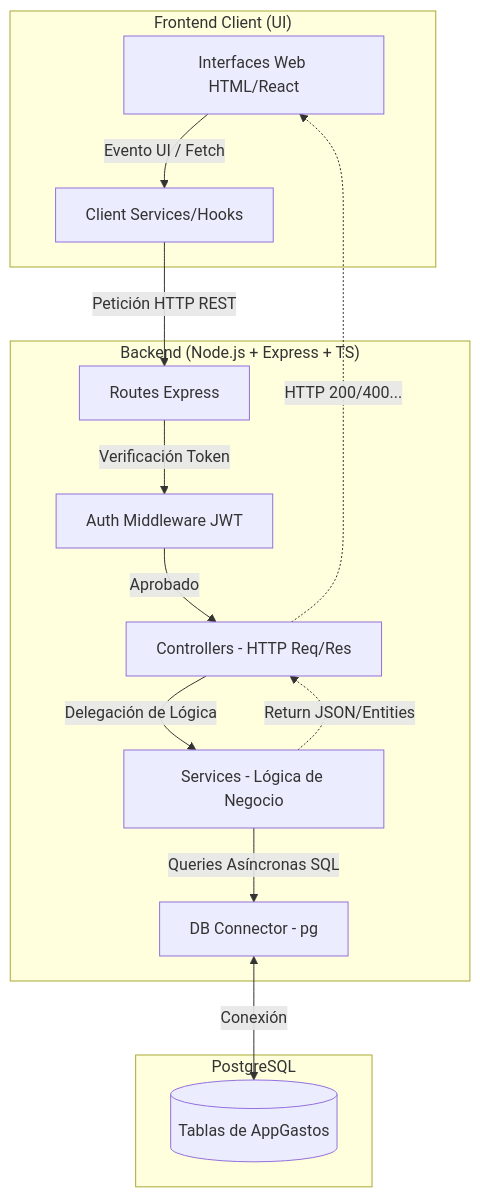
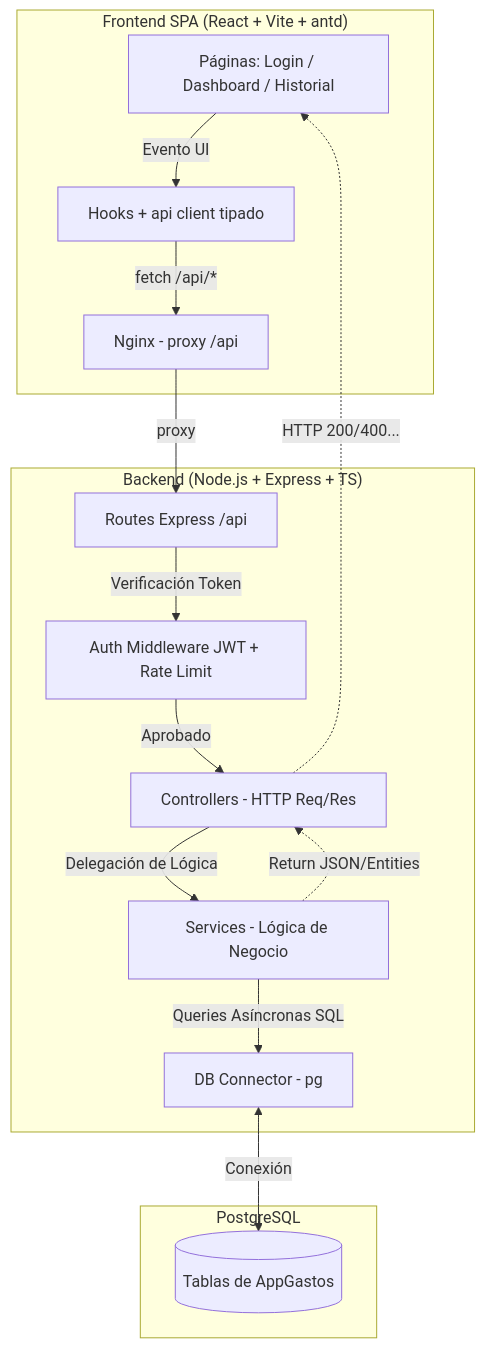
One commit to Dvl-Sant/app-gastos changed the first of 3 diagrams in docs/architecture.md. Above: the diagram before and after it, drawn with Mermaid. The commit also changed other lines of this file and 1 other file, not shown here.

Commit message:
docs: modelo de negocio v2, stack React y puertos actualizados

````diff
--- a/docs/architecture.md
+++ b/docs/architecture.md
@@ -9,35 +9,37 @@
 ```mermaid
 graph TD
     %% Nodos Frontend
-    subgraph Frontend["Frontend Client (UI)"]
-        UI[Interfaces Web HTML/React]
-        Hooks[Client Services/Hooks]
+    subgraph Frontend["Frontend SPA (React + Vite + antd)"]
+        UI[Páginas: Login / Dashboard / Historial]
+        Hooks[Hooks + api client tipado]
+        Nginx[Nginx - proxy /api]
     end
 
     %% Nodos Backend
     subgraph Backend["Backend (Node.js + Express + TS)"]
-        Routes[Routes Express]
-        Middleware[Auth Middleware JWT]
+        Routes[Routes Express /api]
+        Middleware[Auth Middleware JWT + Rate Limit]
         Ctrl[Controllers - HTTP Req/Res]
         Serv[Services - Lógica de Negocio]
         DB_Config[DB Connector - pg]
     end
 
     %% Nodo Database
     subgraph Database["PostgreSQL"]
         DB[(Tablas de AppGastos)]
     end
 
     %% Relaciones
-    UI -->|Evento UI / Fetch| Hooks
-    Hooks -->|Petición HTTP REST| Routes
+    UI -->|Evento UI| Hooks
+    Hooks -->|fetch /api/*| Nginx
+    Nginx -->|proxy| Routes
     Routes -->|Verificación Token| Middleware
     Middleware -->|Aprobado| Ctrl
     Ctrl -->|Delegación de Lógica| Serv
     Serv -->|Queries Asíncronas SQL| DB_Config
     DB_Config <-->|Conexión| DB
     
     %% Retornos
     Serv -.->|Return JSON/Entities| Ctrl
     Ctrl -.->|HTTP 200/400...| UI
 ```
````
